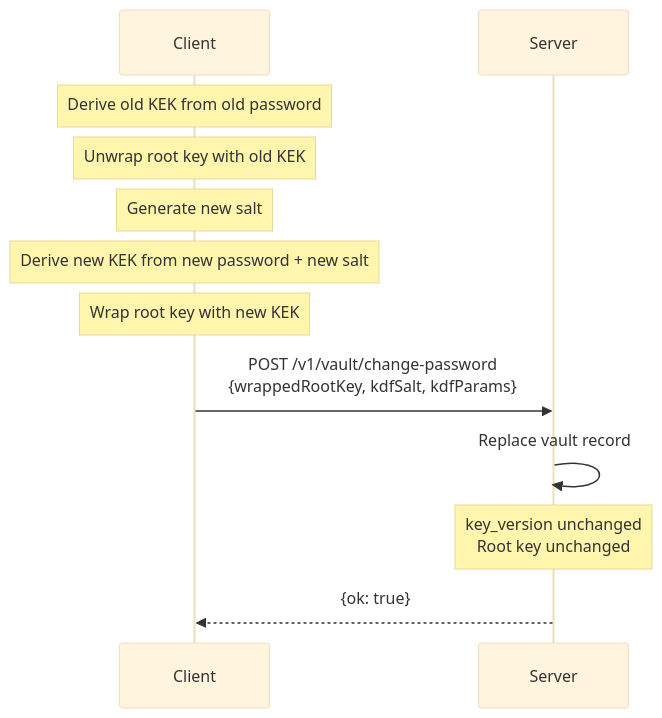
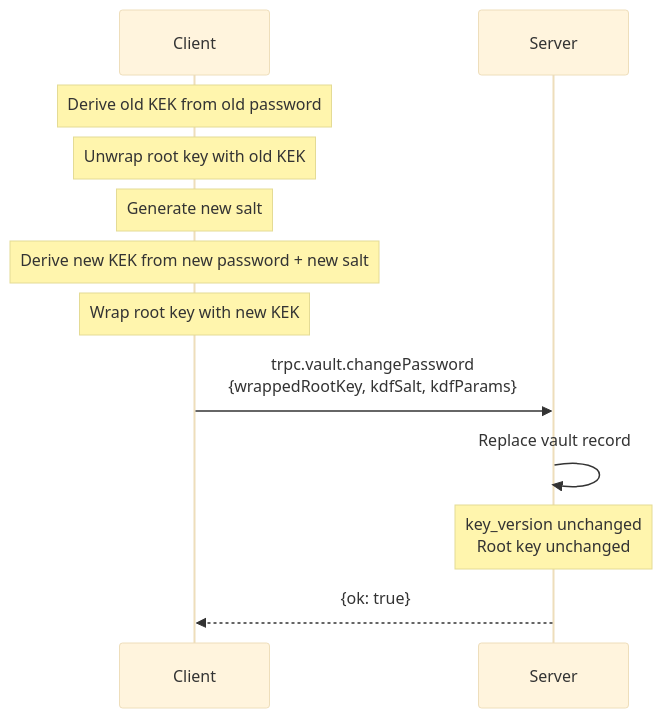
The second of 3 diagrams in docs/ENVELOPE_SPEC.md (punitarani/abadge), drawn with Mermaid (base theme) before and after one commit. The commit also changed other lines of this file and 104 other files, not shown here.

Commit message:
Refactor agent access, broker sessions, and dashboard flows

````diff
--- a/docs/ENVELOPE_SPEC.md
+++ b/docs/ENVELOPE_SPEC.md
@@ -181,16 +181,16 @@
 ```mermaid
 sequenceDiagram
   participant User as Client
   participant API as Server
 
   Note over User: Derive old KEK from old password
   Note over User: Unwrap root key with old KEK
   Note over User: Generate new salt
   Note over User: Derive new KEK from new password + new salt
   Note over User: Wrap root key with new KEK
 
-  User->>API: POST /v1/vault/change-password<br/>{wrappedRootKey, kdfSalt, kdfParams}
+  User->>API: trpc.vault.changePassword<br/>{wrappedRootKey, kdfSalt, kdfParams}
   API->>API: Replace vault record
   Note over API: key_version unchanged<br/>Root key unchanged
   API-->>User: {ok: true}
 ```
````
